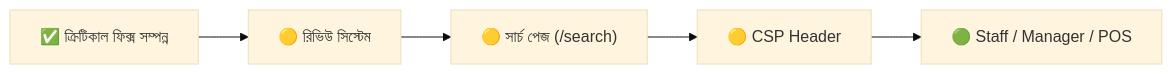
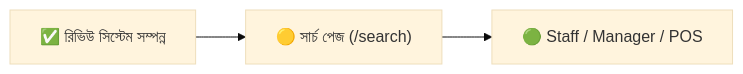
Before and after one commit to saddaulsiam/vibelock-web: the diagram in docs/VibeLock project Roadmap.md, drawn with Mermaid (base theme). The commit also changed other lines of this file and 13 other files, not shown here.

````diff
--- a/docs/VibeLock project Roadmap.md
+++ b/docs/VibeLock project Roadmap.md
@@ -112,7 +91,5 @@
 ```mermaid
 flowchart LR
-    A["✅ ক্রিটিকাল ফিক্স সম্পন্ন"] --> B["🟡 রিভিউ সিস্টেম"]
-    B --> C["🟡 সার্চ পেজ (/search)"]
-    C --> D["🟡 CSP Header"]
-    D --> E["🟢 Staff / Manager / POS"]
+    A["✅ রিভিউ সিস্টেম সম্পন্ন"] --> B["🟡 সার্চ পেজ (/search)"]
+    B --> C["🟢 Staff / Manager / POS"]
 ```
````
